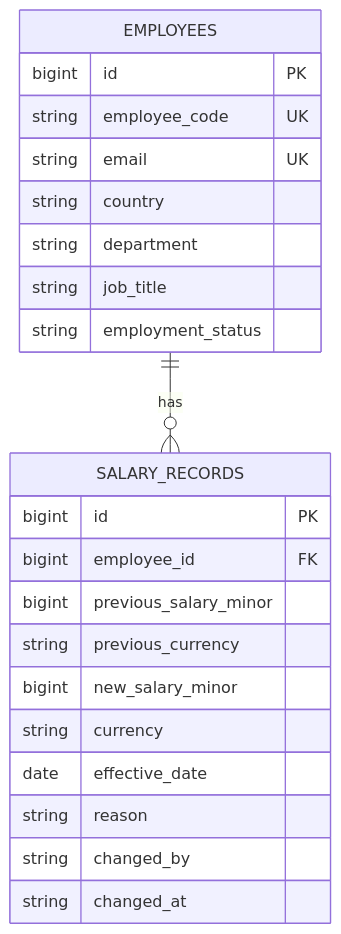
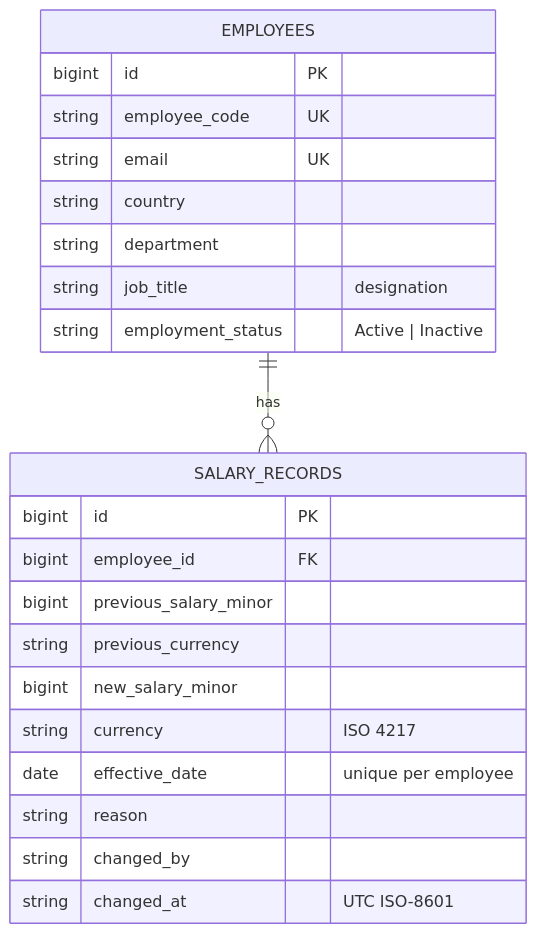
One commit to moninmodi/acme-salary-management changed the second of 2 diagrams in docs/architecture.md. Above: the diagram before and after it, drawn with Mermaid. The commit also changed other lines of this file and 77 other files, not shown here.

First line of the commit message:
feat: add theme configuration and chart colors for Ant Design

````diff
--- a/docs/architecture.md
+++ b/docs/architecture.md
@@ -16,25 +32,25 @@
 ```mermaid
 erDiagram
   EMPLOYEES ||--o{ SALARY_RECORDS : has
   EMPLOYEES {
     bigint id PK
     string employee_code UK
     string email UK
     string country
     string department
-    string job_title
-    string employment_status
+    string job_title "designation"
+    string employment_status "Active | Inactive"
   }
   SALARY_RECORDS {
     bigint id PK
     bigint employee_id FK
     bigint previous_salary_minor
     string previous_currency
     bigint new_salary_minor
-    string currency
-    date effective_date
+    string currency "ISO 4217"
+    date effective_date "unique per employee"
     string reason
     string changed_by
-    string changed_at
+    string changed_at "UTC ISO-8601"
   }
 ```
````
